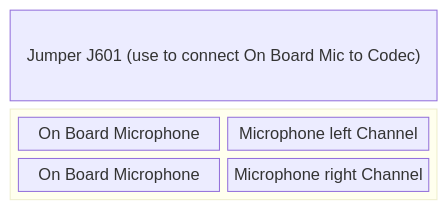
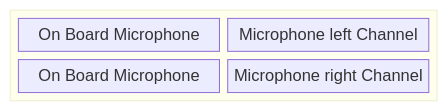
The first of 2 diagrams in Hardware/README.md (KROIA/Voicemail-Box), drawn with Mermaid before and after one commit. The commit also changed other lines of this file, not shown here.

````diff
--- a/Hardware/README.md
+++ b/Hardware/README.md
@@ -50,12 +51,10 @@
 ```mermaid
 block-beta
-    columns 2
-    doc["Jumper J601 (use to connect On Board Mic to Codec)"]:2
     block:group1:2
         columns 2
         a["On Board Microphone"]
         b["Microphone left Channel"]
         c["On Board Microphone"]
         d["Microphone right Channel"]
     end
 ```
````
